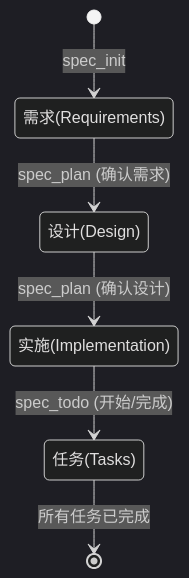
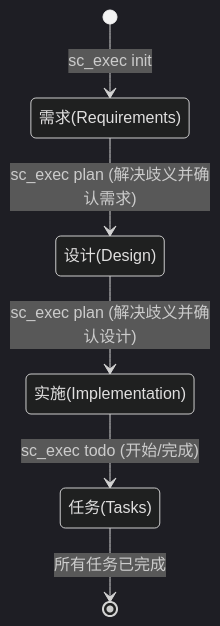
Before and after one commit to benjamesmurray/mcp-spec-cli: the diagram in README-zh.md, drawn with Mermaid (dark theme). The commit also changed other lines of this file and 22 other files, not shown here.

````diff
--- a/README-zh.md
+++ b/README-zh.md
@@ -22,8 +24,8 @@
 ```mermaid
 stateDiagram-v2
-    [*] --> 需求(Requirements): spec_init
-    需求(Requirements) --> 设计(Design): spec_plan (确认需求)
-    设计(Design) --> 实施(Implementation): spec_plan (确认设计)
-    实施(Implementation) --> 任务(Tasks): spec_todo (开始/完成)
+    [*] --> 需求(Requirements): sc_exec init
+    需求(Requirements) --> 设计(Design): sc_exec plan (解决歧义并确认需求)
+    设计(Design) --> 实施(Implementation): sc_exec plan (解决歧义并确认设计)
+    实施(Implementation) --> 任务(Tasks): sc_exec todo (开始/完成)
     任务(Tasks) --> [*]: 所有任务已完成
 ```
````
